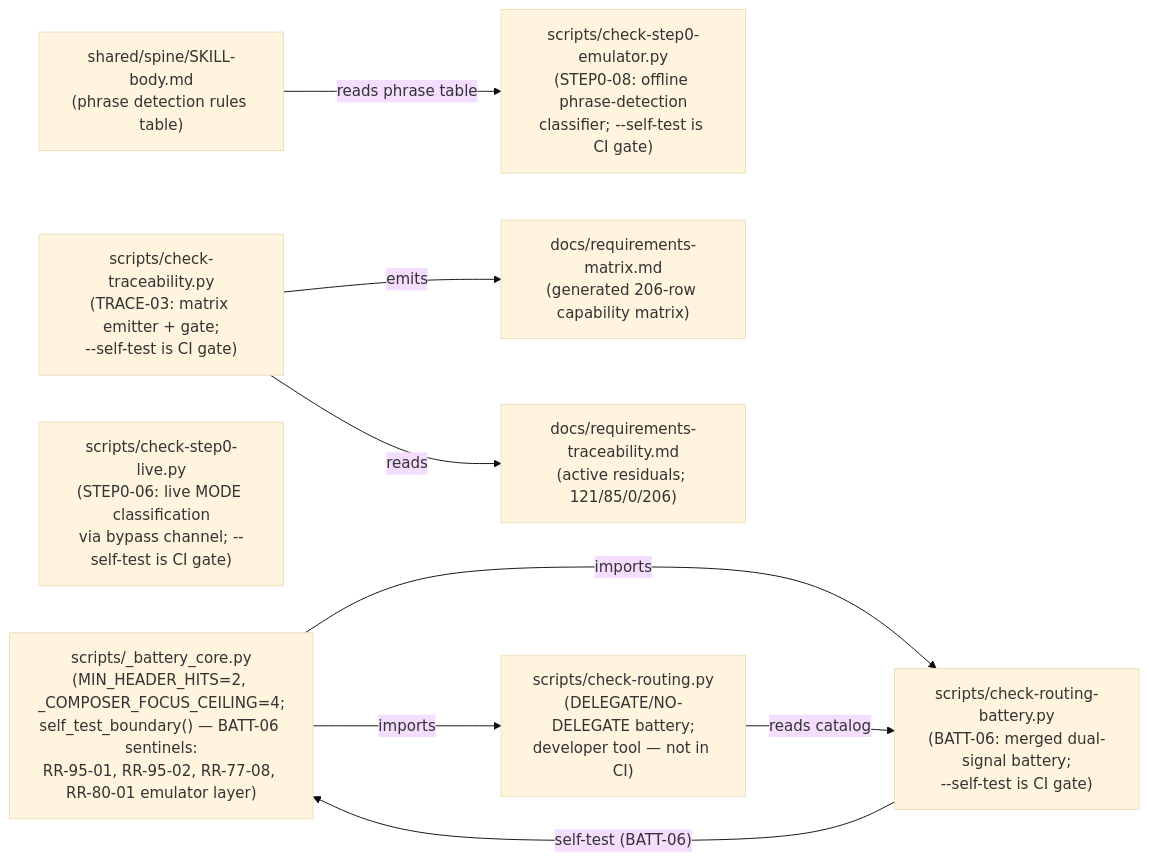
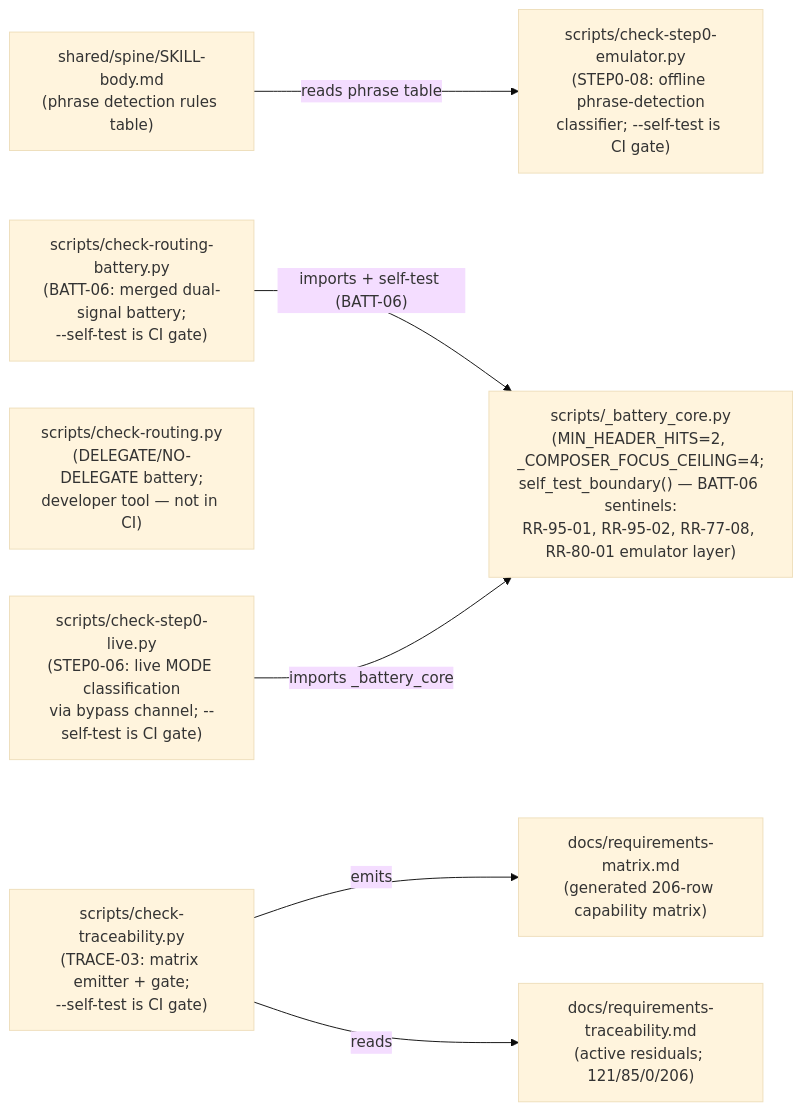
Before and after one commit to chrisdavidson/first-principles-skill: the second of 2 diagrams in docs/COMPONENT-DIAGRAM.md, drawn with Mermaid (base theme). The commit also changed other lines of this file, not shown here.

First line of the commit message:
docs(99-03): fix measurement-stack import edges in COMPONENT-DIAGRAM.md

````diff
--- a/docs/COMPONENT-DIAGRAM.md
+++ b/docs/COMPONENT-DIAGRAM.md
@@ -78,27 +81,24 @@
 ```mermaid
 flowchart LR
     SKILLBODY["shared/spine/SKILL-body.md\n(phrase detection rules table)"]
 
     CORE["scripts/_battery_core.py\n(MIN_HEADER_HITS=2, _COMPOSER_FOCUS_CEILING=4;\nself_test_boundary() — BATT-06 sentinels:\nRR-95-01, RR-95-02, RR-77-08, RR-80-01 emulator layer)"]
 
     BATT["scripts/check-routing-battery.py\n(BATT-06: merged dual-signal battery;\n--self-test is CI gate)"]
     ROUTING["scripts/check-routing.py\n(DELEGATE/NO-DELEGATE battery;\ndeveloper tool — not in CI)"]
 
     EMU["scripts/check-step0-emulator.py\n(STEP0-08: offline phrase-detection\nclassifier; --self-test is CI gate)"]
     LIVE["scripts/check-step0-live.py\n(STEP0-06: live MODE classification\nvia bypass channel; --self-test is CI gate)"]
 
     TRACE["scripts/check-traceability.py\n(TRACE-03: matrix emitter + gate;\n--self-test is CI gate)"]
     MATRIX["docs/requirements-matrix.md\n(generated 206-row capability matrix)"]
     TRACEABILITY["docs/requirements-traceability.md\n(active residuals; 121/85/0/206)"]
 
     SKILLBODY -->|"reads phrase table"| EMU
 
-    CORE -->|"imports"| BATT
-    CORE -->|"imports"| ROUTING
-
-    BATT -->|"self-test (BATT-06)"| CORE
-    ROUTING -->|"reads catalog"| BATT
+    BATT -->|"imports + self-test (BATT-06)"| CORE
+    LIVE -->|"imports _battery_core"| CORE
 
     TRACE -->|"emits"| MATRIX
     TRACE -->|"reads"| TRACEABILITY
 ```
````
